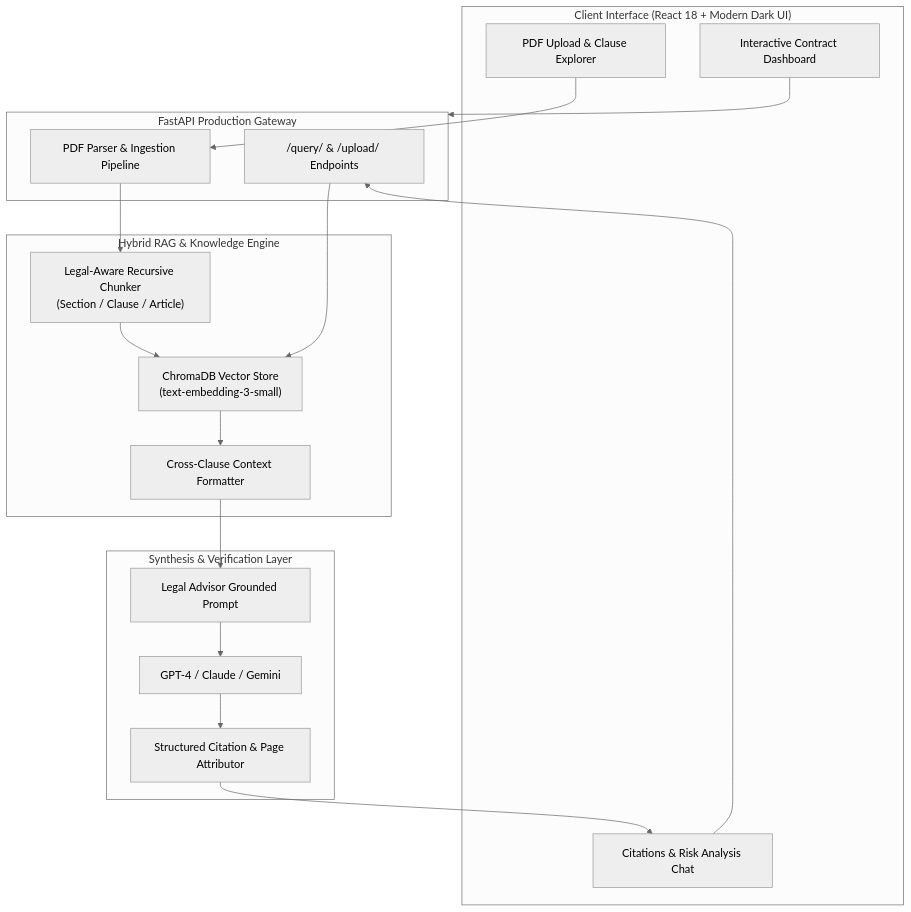
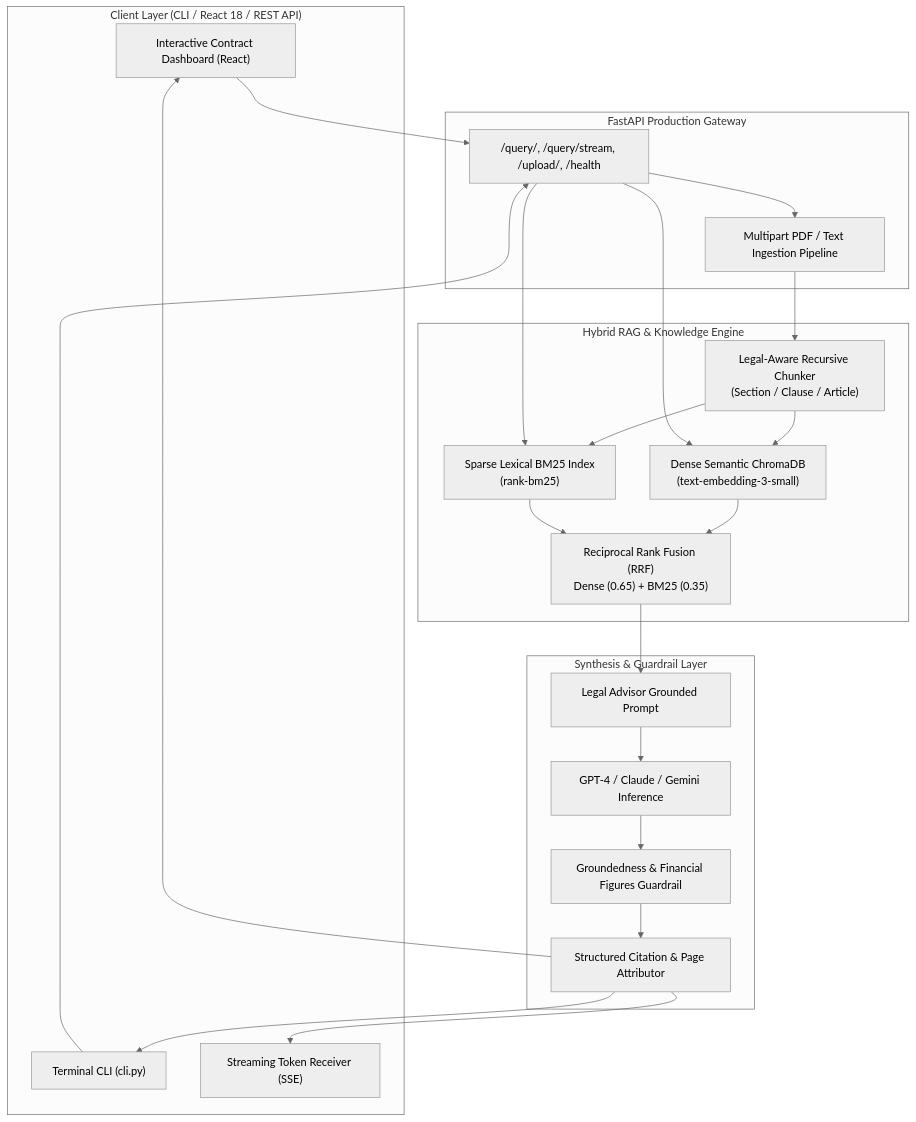
Before and after one commit to HabtamuFeyera/contract_QA_Rag_project: the diagram in README.md, drawn with Mermaid (neutral theme). The commit also changed other lines of this file and 8 other files, not shown here.

Commit message:
feat(rag): implement hybrid search with BM25+RRF, groundedness guardrails, streaming SSE, and developer CLI

````diff
--- a/README.md
+++ b/README.md
@@ -40,37 +42,39 @@
 ```mermaid
 flowchart TD
-    subgraph Client ["Client Interface (React 18 + Modern Dark UI)"]
-        UI["Interactive Contract Dashboard"]
-        PDFViewer["PDF Upload & Clause Explorer"]
-        ChatInterface["Citations & Risk Analysis Chat"]
+    subgraph Client ["Client Layer (CLI / React 18 / REST API)"]
+        UI["Interactive Contract Dashboard (React)"]
+        CLI["Terminal CLI (cli.py)"]
+        SSEClient["Streaming Token Receiver (SSE)"]
     end
 
     subgraph API ["FastAPI Production Gateway"]
-        Router["/query/ & /upload/ Endpoints"]
-        UploadHandler["PDF Parser & Ingestion Pipeline"]
+        Router["/query/, /query/stream, /upload/, /health"]
+        UploadHandler["Multipart PDF / Text Ingestion Pipeline"]
     end
 
     subgraph RetrievalEngine ["Hybrid RAG & Knowledge Engine"]
         Chunker["Legal-Aware Recursive Chunker\n(Section / Clause / Article)"]
-        Dense["ChromaDB Vector Store\n(text-embedding-3-small)"]
-        ReRanker["Cross-Clause Context Formatter"]
+        Dense["Dense Semantic ChromaDB\n(text-embedding-3-small)"]
+        Sparse["Sparse Lexical BM25 Index\n(rank-bm25)"]
+        RRF["Reciprocal Rank Fusion (RRF)\nDense (0.65) + BM25 (0.35)"]
     end
 
-    subgraph Generation ["Synthesis & Verification Layer"]
+    subgraph Synthesis ["Synthesis & Guardrail Layer"]
         PromptEngine["Legal Advisor Grounded Prompt"]
-        LLM["GPT-4 / Claude / Gemini"]
+        LLM["GPT-4 / Claude / Gemini Inference"]
+        Guardrails["Groundedness & Financial Figures Guardrail"]
         CitationExtractor["Structured Citation & Page Attributor"]
     end
 
-    UI --> API
-    PDFViewer --> UploadHandler
-    ChatInterface --> Router
+    UI & CLI --> Router
+    Router --> UploadHandler
     UploadHandler --> Chunker
-    Chunker --> Dense
-    Router --> Dense
-    Dense --> ReRanker
-    ReRanker --> PromptEngine
+    Chunker --> Dense & Sparse
+    Router --> Dense & Sparse
+    Dense & Sparse --> RRF
+    RRF --> PromptEngine
     PromptEngine --> LLM
-    LLM --> CitationExtractor
-    CitationExtractor --> ChatInterface
+    LLM --> Guardrails
+    Guardrails --> CitationExtractor
+    CitationExtractor --> UI & CLI & SSEClient
 ```
````
